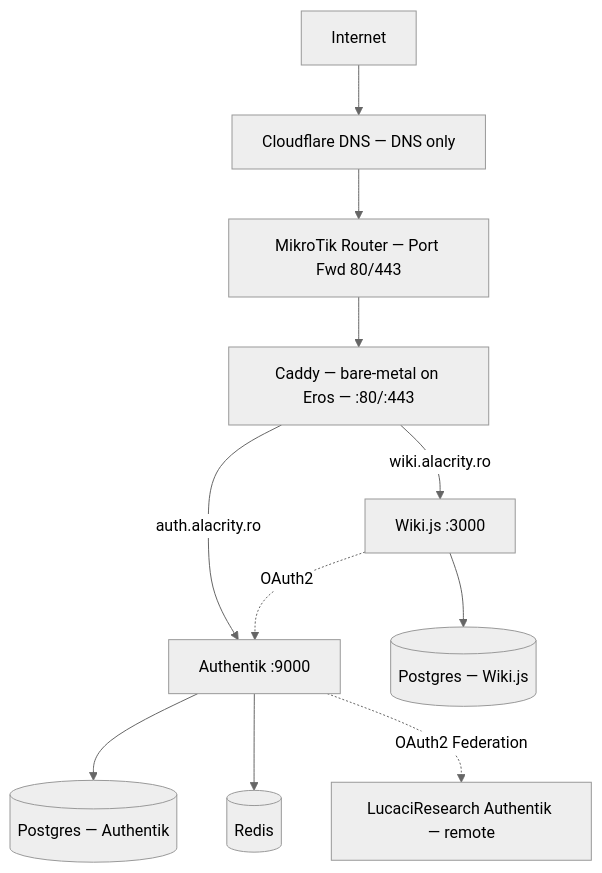
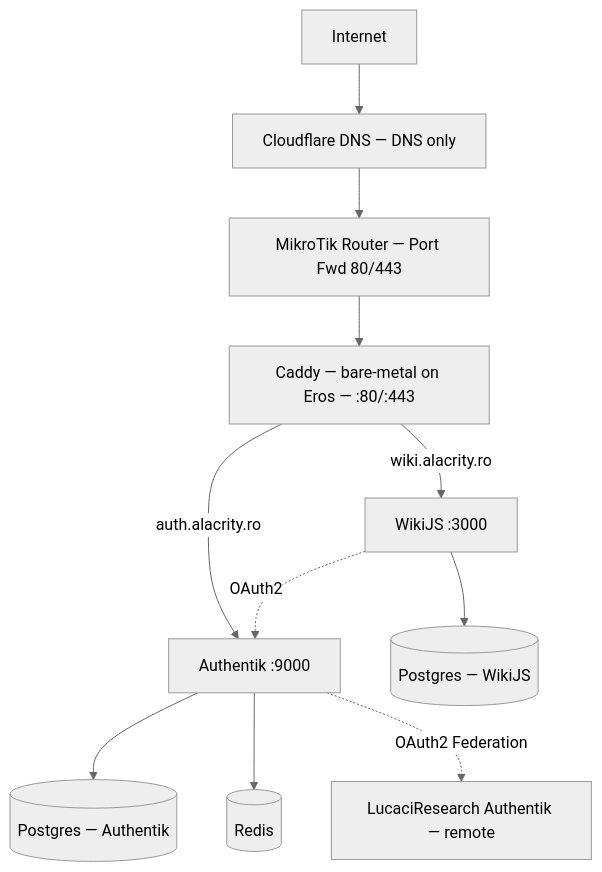
Before and after one commit to TeamClockworks-RO108/Wiki: the second of 2 diagrams in Infrastructure/alacrity-wiki.md, drawn with Mermaid (neutral theme). The commit also changed other lines of this file, not shown here.

Commit message:
docs: update Infrastructure/alacrity-wiki

````diff
--- a/Infrastructure/alacrity-wiki.md
+++ b/Infrastructure/alacrity-wiki.md
@@ -346,13 +218,13 @@
 ```mermaid
 flowchart TD
     A[Internet] --> B[Cloudflare DNS — DNS only]
     B --> C[MikroTik Router — Port Fwd 80/443]
     C --> D[Caddy — bare-metal on Eros — :80/:443]
     D -->|auth.alacrity.ro| E[Authentik :9000]
-    D -->|wiki.alacrity.ro| F[Wiki.js :3000]
+    D -->|wiki.alacrity.ro| F[WikiJS :3000]
     E --> G[(Postgres — Authentik)]
     E --> H[(Redis)]
-    F --> I[(Postgres — Wiki.js)]
+    F --> I[(Postgres — WikiJS)]
     F -.->|OAuth2| E
     E -.->|OAuth2 Federation| J[LucaciResearch Authentik — remote]
 ```
````
